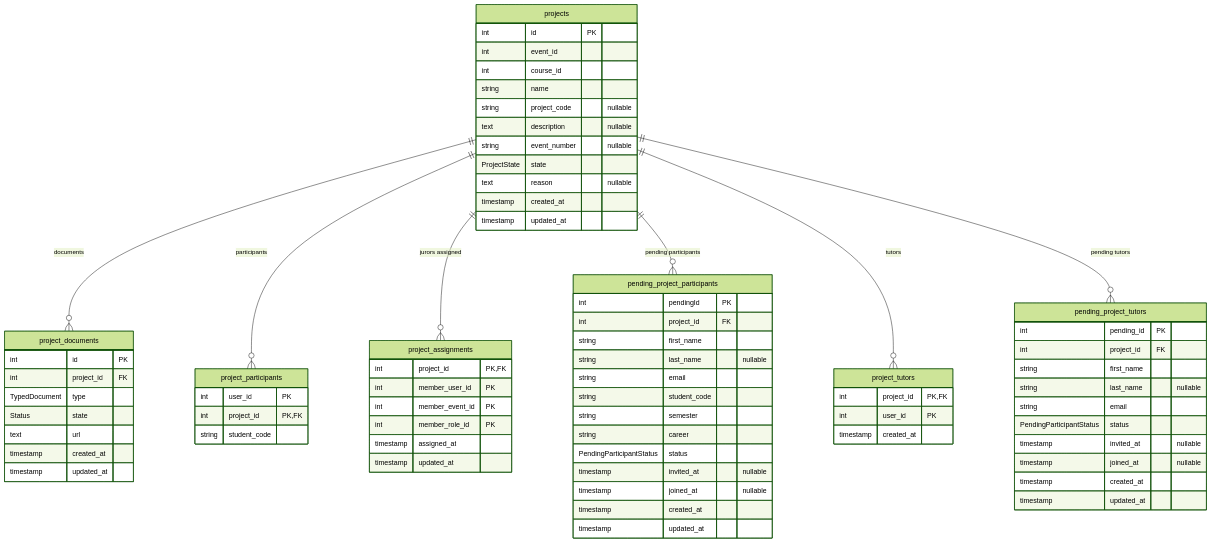
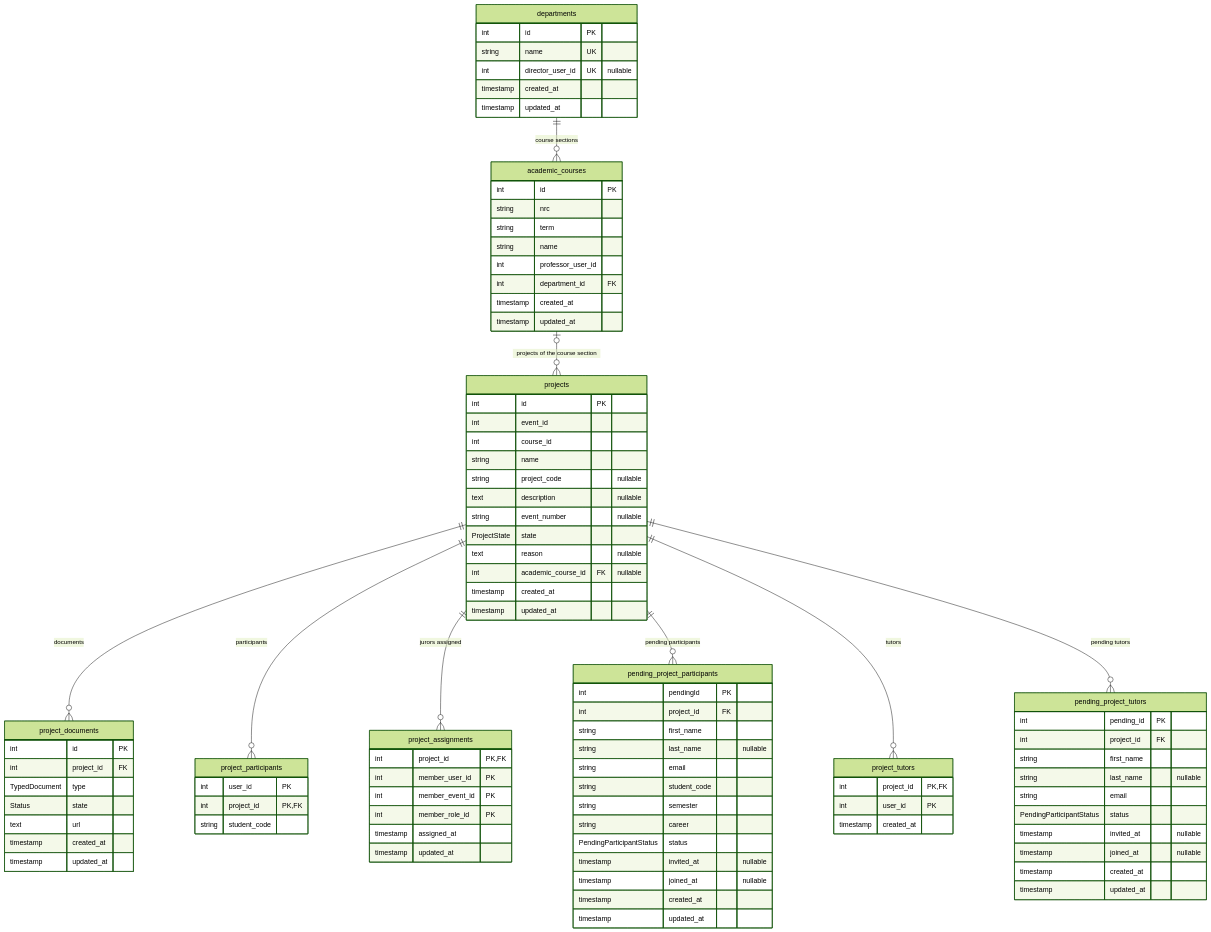
The diagram in docs/project-service/schema.md (PCPI-UN/Iris), drawn with Mermaid (forest theme) before and after one commit. The commit also changed other lines of this file and 3 other files, not shown here.

Commit message:
[CU-86e3vmz0m]: add departments and academic course sections to scope project reads by role

````diff
--- a/docs/project-service/schema.md
+++ b/docs/project-service/schema.md
@@ -18,6 +18,7 @@
         string event_number "nullable"
         ProjectState state
         text reason "nullable"
+        int academic_course_id FK "nullable"
         timestamp created_at
         timestamp updated_at
     }
@@ -82,10 +83,31 @@
         timestamp updated_at
     }
 
+    departments {
+        int id PK
+        string name UK
+        int director_user_id UK "nullable"
+        timestamp created_at
+        timestamp updated_at
+    }
+
+    academic_courses {
+        int id PK
+        string nrc
+        string term
+        string name
+        int professor_user_id
+        int department_id FK
+        timestamp created_at
+        timestamp updated_at
+    }
+
     projects ||--o{ project_documents : "documents"
     projects ||--o{ project_participants : "participants"
     projects ||--o{ project_assignments : "jurors assigned"
     projects ||--o{ pending_project_participants : "pending participants"
     projects ||--o{ project_tutors : "tutors"
     projects ||--o{ pending_project_tutors : "pending tutors"
+    academic_courses |o--o{ projects : "projects of the course section"
+    departments ||--o{ academic_courses : "course sections"
 ```
````
